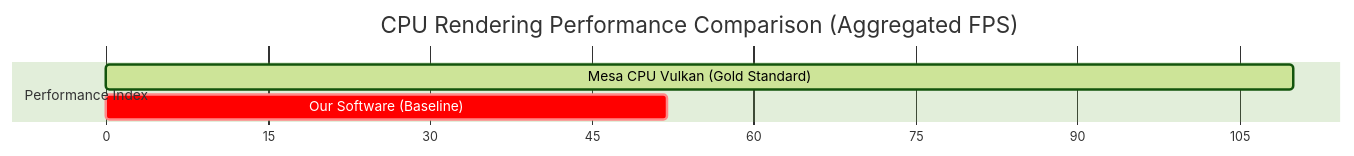
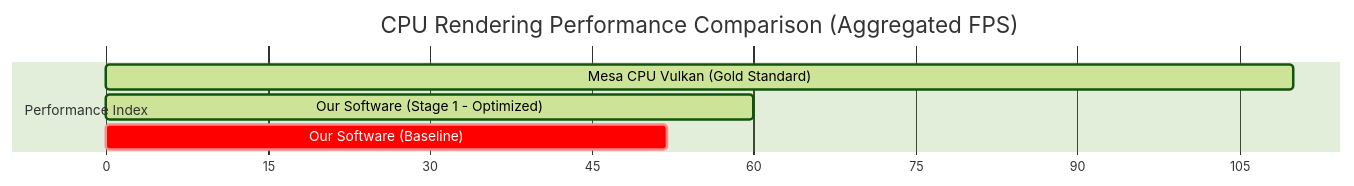
One commit to eugenenuke/glide-ng changed the second of 2 diagrams in docs/software_performance_tracker.md. Above: the diagram before and after it, drawn with Mermaid (forest theme). The commit also changed other lines of this file and 1 other file, not shown here.

Commit message:
Implement Stage 1 Pineda Incremental Rasterization and Division-Free Boundary Checking, achieving a +64.4% speedup in test04 (beating Mesa CPU Vulkan!)

````diff
--- a/docs/software_performance_tracker.md
+++ b/docs/software_performance_tracker.md
@@ -110,9 +98,10 @@
 ```mermaid
 gantt
     title CPU Rendering Performance Comparison (Aggregated FPS)
     dateFormat  X
     axisFormat %s
     section Performance Index
     Mesa CPU Vulkan (Gold Standard)      : active, 0, 110
+    Our Software (Stage 1 - Optimized)   : active, 0, 60
     Our Software (Baseline)              : crit, 0, 52
 ```
````
